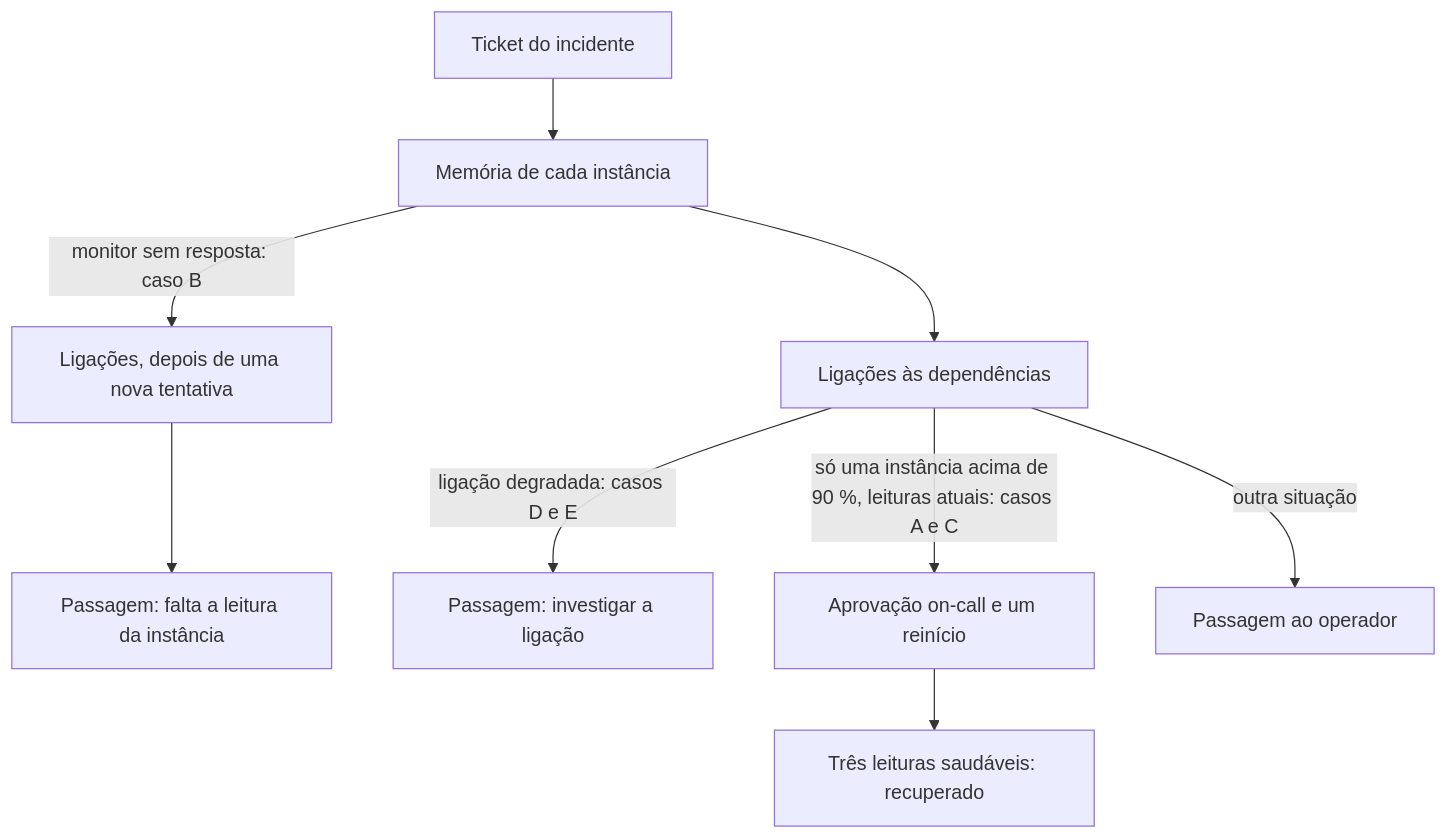
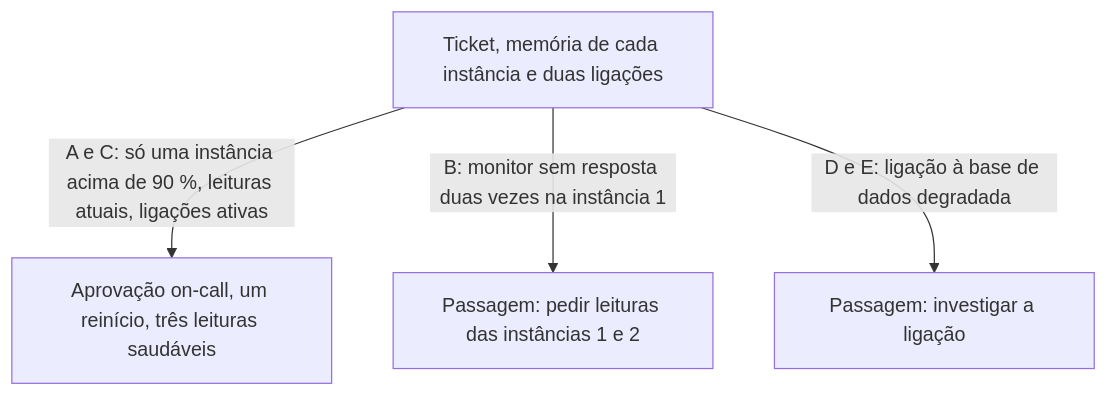
The second of 2 diagrams in projects/course-02-agentic-ai/docs/relatorio.md (jpboliv/meridian-project), drawn with Mermaid before and after one commit. The commit also changed other lines of this file and 5 other files, not shown here.

````diff
--- a/projects/course-02-agentic-ai/docs/relatorio.md
+++ b/projects/course-02-agentic-ai/docs/relatorio.md
@@ -52,11 +45,7 @@
 ```mermaid
 flowchart TD
-  ticket["Ticket do incidente"] --> inst["Memória de cada instância"]
-  inst -- "monitor sem resposta: caso B" --> ligB["Ligações, depois de uma nova tentativa"]
-  ligB --> passB["Passagem: falta a leitura da instância"]
-  inst --> lig["Ligações às dependências"]
-  lig -- "ligação degradada: casos D e E" --> passD["Passagem: investigar a ligação"]
-  lig -- "só uma instância acima de 90 %, leituras atuais: casos A e C" --> aprov["Aprovação on-call e um reinício"]
-  aprov --> rec["Três leituras saudáveis: recuperado"]
-  lig -- "outra situação" --> passX["Passagem ao operador"]
+  inicio["Ticket, memória de cada instância e duas ligações"]
+  inicio -- "A e C: só uma instância acima de 90 %, leituras atuais, ligações ativas" --> reinicio["Aprovação on-call, um reinício, três leituras saudáveis"]
+  inicio -- "B: monitor sem resposta duas vezes na instância 1" --> faltas["Passagem: pedir leituras das instâncias 1 e 2"]
+  inicio -- "D e E: ligação à base de dados degradada" --> ligacao["Passagem: investigar a ligação"]
 ```
````
